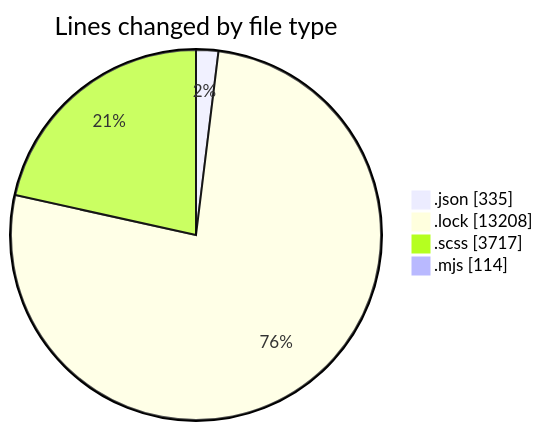
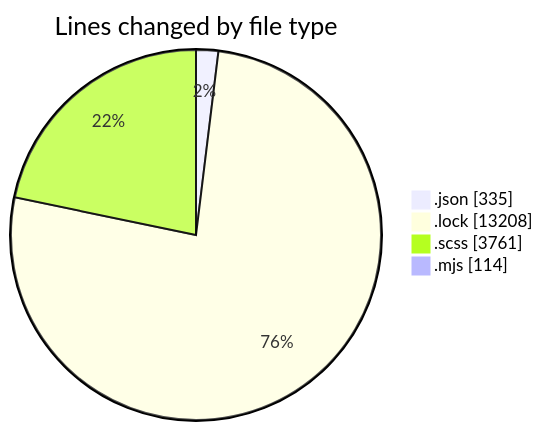
One commit to momahboobian/code-tracking changed the first of 2 diagrams in 2026-01-26/cda/README.md. Above: the diagram before and after it, drawn with Mermaid. The commit also changed other lines of this file and 1 other file, not shown here.

````diff
--- a/2026-01-26/cda/README.md
+++ b/2026-01-26/cda/README.md
@@ -29,8 +30,8 @@
 ```mermaid
 pie showData
 title Lines changed by file type
 ".json" : 335
 ".lock" : 13208
-".scss" : 3717
+".scss" : 3761
 ".mjs" : 114
 ```
````
